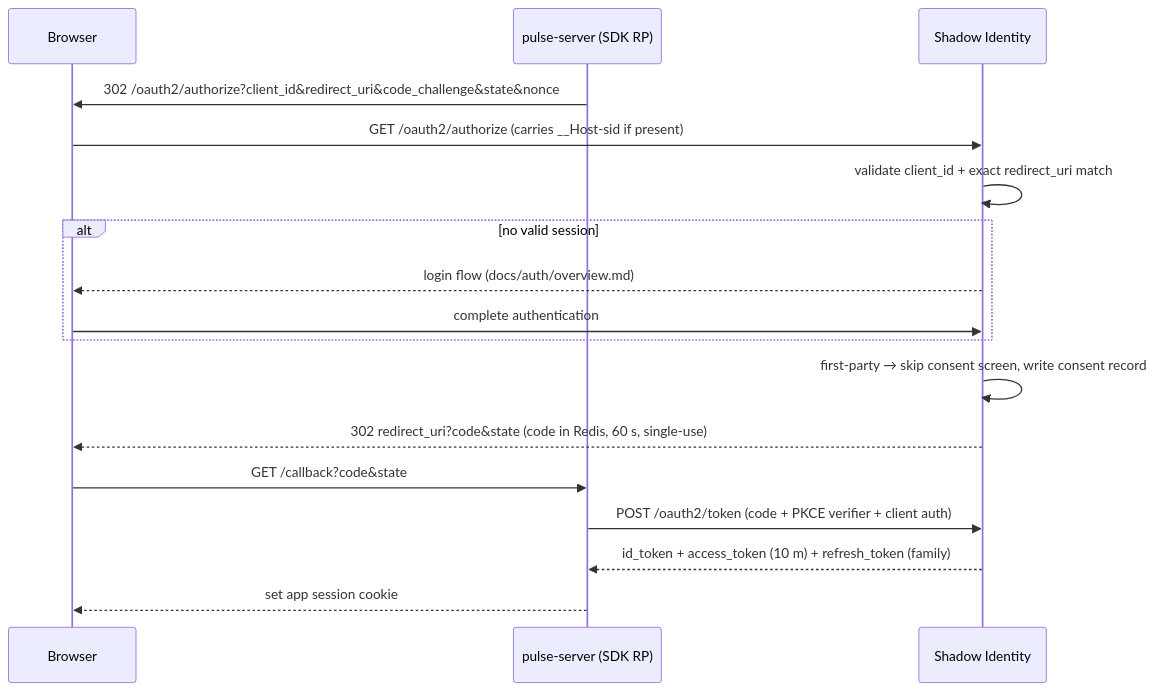
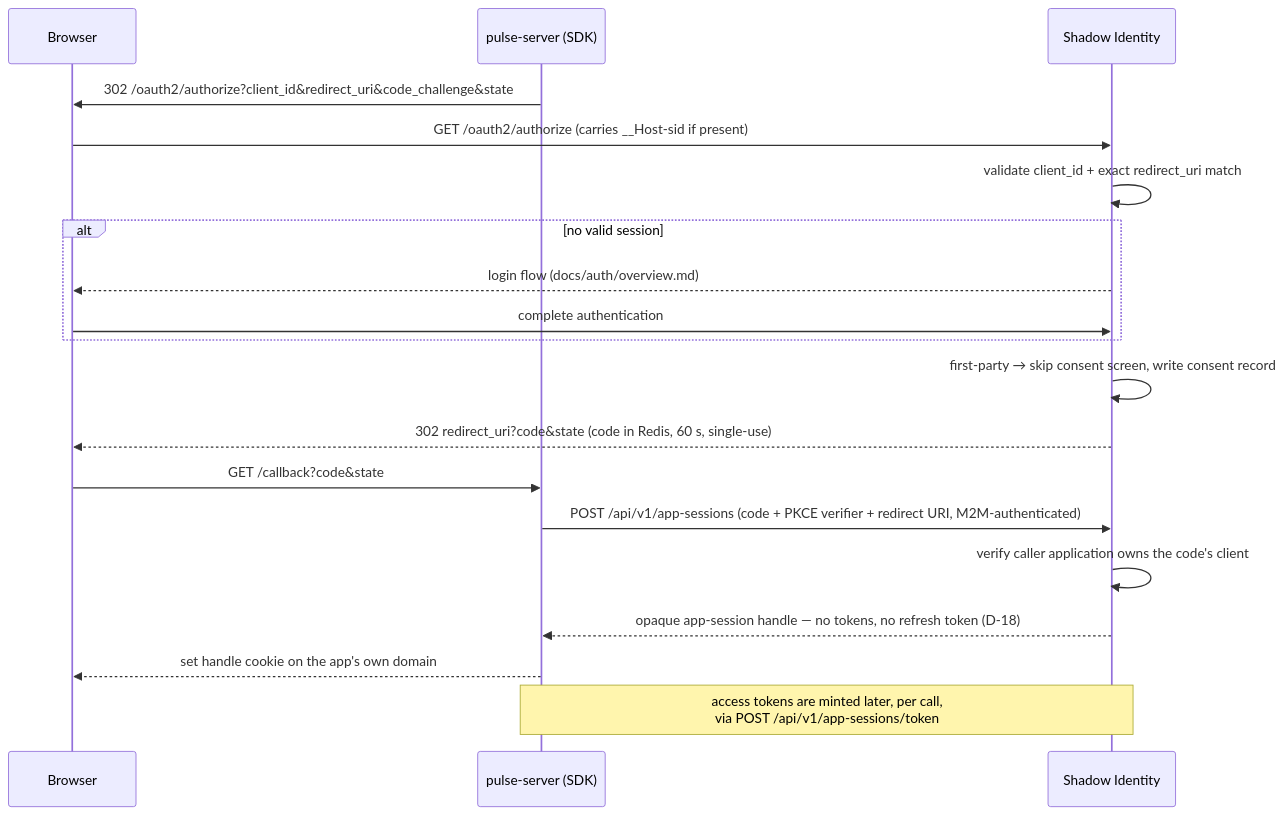
Before and after one commit to shadow-library/platform: the second of 6 diagrams in apps/identity-server/docs/architecture.md, drawn with Mermaid. The commit also changed other lines of this file and 7 other files, not shown here.

First line of the commit message:
docs: bump architecture to v1.1, move sdk spec

````diff
--- a/apps/identity-server/docs/architecture.md
+++ b/apps/identity-server/docs/architecture.md
@@ -469,19 +563,21 @@
 ```mermaid
 sequenceDiagram
   participant B as Browser
-  participant App as pulse-server (SDK RP)
+  participant App as pulse-server (SDK)
   participant IdP as Shadow Identity
-  App->>B: 302 /oauth2/authorize?client_id&redirect_uri&code_challenge&state&nonce
+  App->>B: 302 /oauth2/authorize?client_id&redirect_uri&code_challenge&state
   B->>IdP: GET /oauth2/authorize (carries __Host-sid if present)
   IdP->>IdP: validate client_id + exact redirect_uri match
   alt no valid session
     IdP-->>B: login flow (docs/auth/overview.md)
     B->>IdP: complete authentication
   end
   IdP->>IdP: first-party → skip consent screen, write consent record
   IdP-->>B: 302 redirect_uri?code&state (code in Redis, 60 s, single-use)
   B->>App: GET /callback?code&state
-  App->>IdP: POST /oauth2/token (code + PKCE verifier + client auth)
-  IdP-->>App: id_token + access_token (10 m) + refresh_token (family)
-  App-->>B: set app session cookie
+  App->>IdP: POST /api/v1/app-sessions (code + PKCE verifier + redirect URI, M2M-authenticated)
+  IdP->>IdP: verify caller application owns the code's client
+  IdP-->>App: opaque app-session handle — no tokens, no refresh token (D-18)
+  App-->>B: set handle cookie on the app's own domain
+  Note over App,IdP: access tokens are minted later, per call,<br/>via POST /api/v1/app-sessions/token
 ```
````
